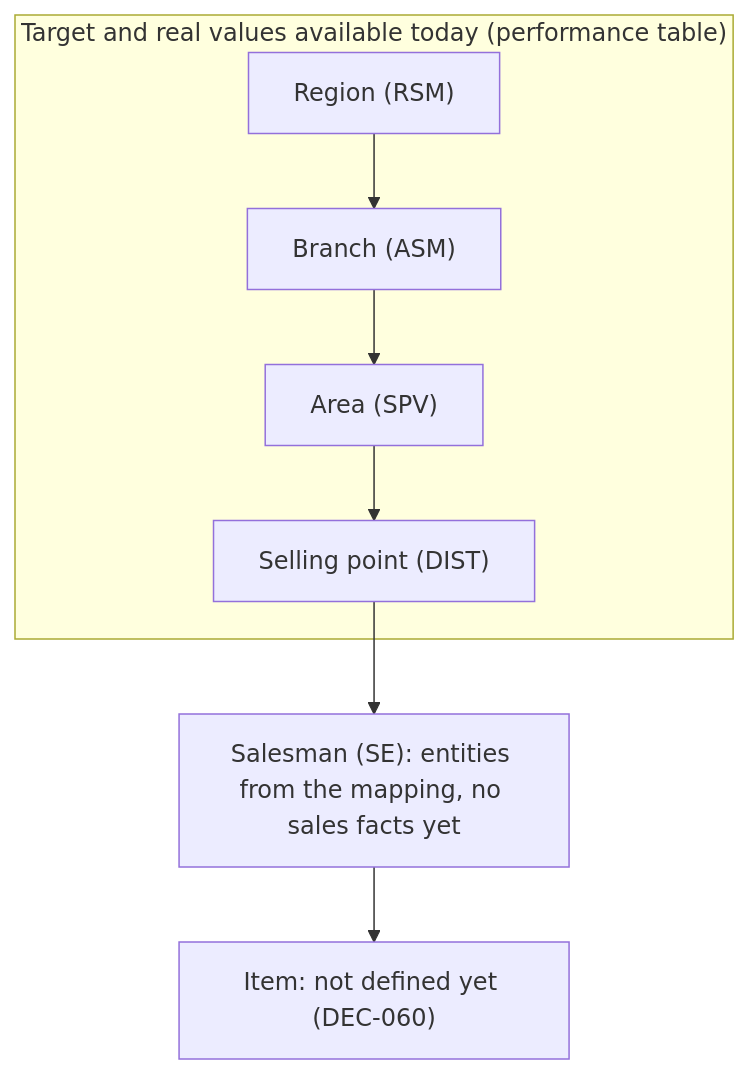
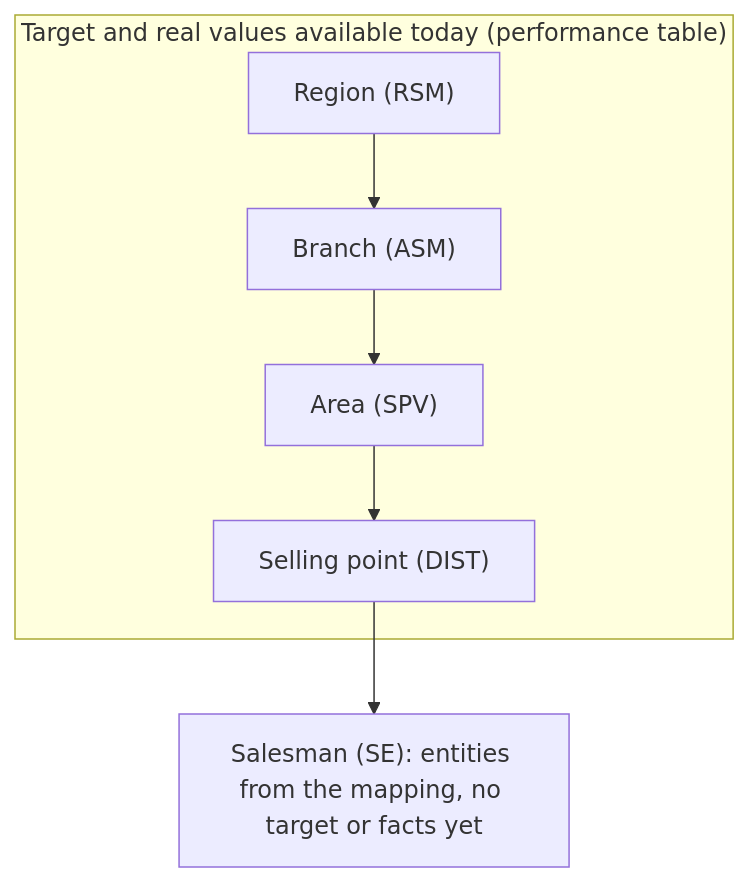
One commit to kurnFR/salesperformance changed the diagram in docs/06-dashboard-catalog.md. Above: the diagram before and after it, drawn with Mermaid. The commit also changed other lines of this file and 10 other files, not shown here.

Commit message:
docs: department-ready platform (Marketing/Finance/HR planned), per-user department access, product pcode deferred, SE targets not yet created

````diff
--- a/docs/06-dashboard-catalog.md
+++ b/docs/06-dashboard-catalog.md
@@ -103,8 +103,7 @@
 ```mermaid
 flowchart TD
   subgraph FACTS["Target and real values available today (performance table)"]
     R["Region (RSM)"] --> B["Branch (ASM)"] --> S["Area (SPV)"] --> D["Selling point (DIST)"]
   end
-  D --> E["Salesman (SE): entities from the mapping, no sales facts yet"]
-  E --> I["Item: not defined yet (DEC-060)"]
+  D --> E["Salesman (SE): entities from the mapping, no target or facts yet"]
 ```
````
